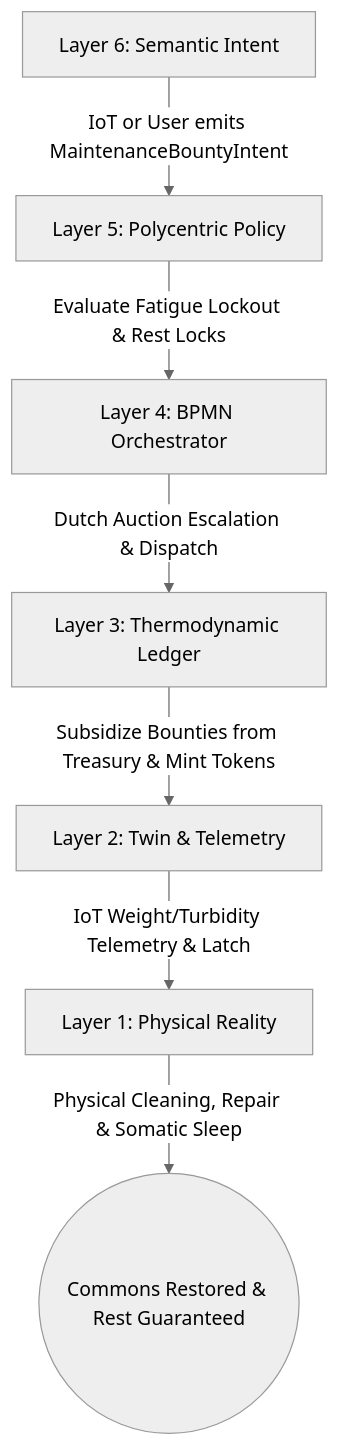
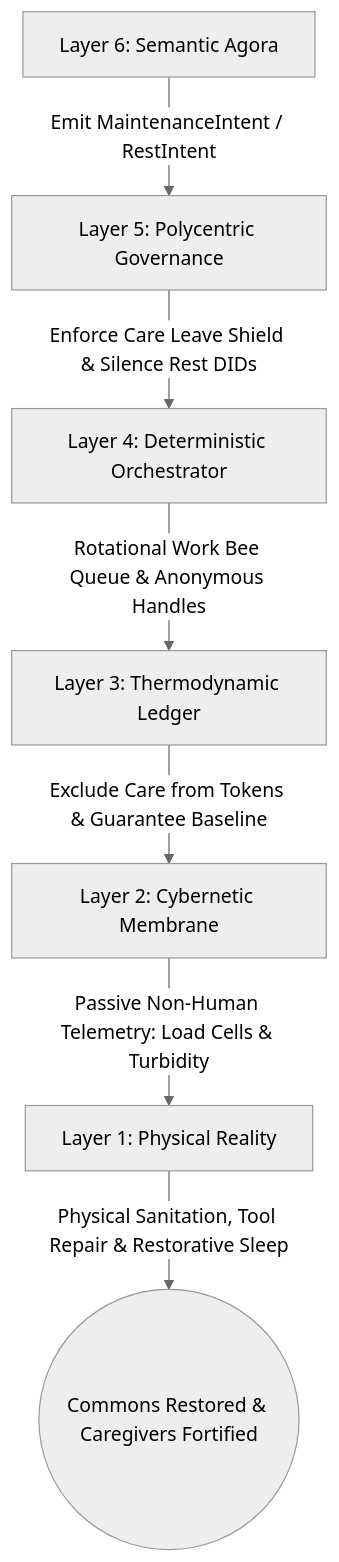
One commit to raffaine/collective changed the first of 3 diagrams in docs/scenarios/sigma_burnout.md. Above: the diagram before and after it, drawn with Mermaid (neutral theme). The commit also changed other lines of this file and 23 other files, not shown here.

````diff
--- a/docs/scenarios/sigma_burnout.md
+++ b/docs/scenarios/sigma_burnout.md
@@ -41,9 +45,9 @@
 ```mermaid
 graph TD
-    L6[Layer 6: Semantic Intent] -->|IoT or User emits MaintenanceBountyIntent| L5[Layer 5: Polycentric Policy]
-    L5 -->|Evaluate Fatigue Lockout & Rest Locks| L4[Layer 4: BPMN Orchestrator]
-    L4 -->|Dutch Auction Escalation & Dispatch| L3[Layer 3: Thermodynamic Ledger]
-    L3 -->|Subsidize Bounties from Treasury & Mint Tokens| L2[Layer 2: Twin & Telemetry]
-    L2 -->|IoT Weight/Turbidity Telemetry & Latch| L1[Layer 1: Physical Reality]
-    L1 -->|Physical Cleaning, Repair & Somatic Sleep| End((Commons Restored & Rest Guaranteed))
+    L6[Layer 6: Semantic Agora] -->|Emit MaintenanceIntent / RestIntent| L5[Layer 5: Polycentric Governance]
+    L5 -->|Enforce Care Leave Shield & Silence Rest DIDs| L4[Layer 4: Deterministic Orchestrator]
+    L4 -->|Rotational Work Bee Queue & Anonymous Handles| L3[Layer 3: Thermodynamic Ledger]
+    L3 -->|Exclude Care from Tokens & Guarantee Baseline| L2[Layer 2: Cybernetic Membrane]
+    L2 -->|Passive Non-Human Telemetry: Load Cells & Turbidity| L1[Layer 1: Physical Reality]
+    L1 -->|Physical Sanitation, Tool Repair & Restorative Sleep| End((Commons Restored & Caregivers Fortified))
 ```
````
